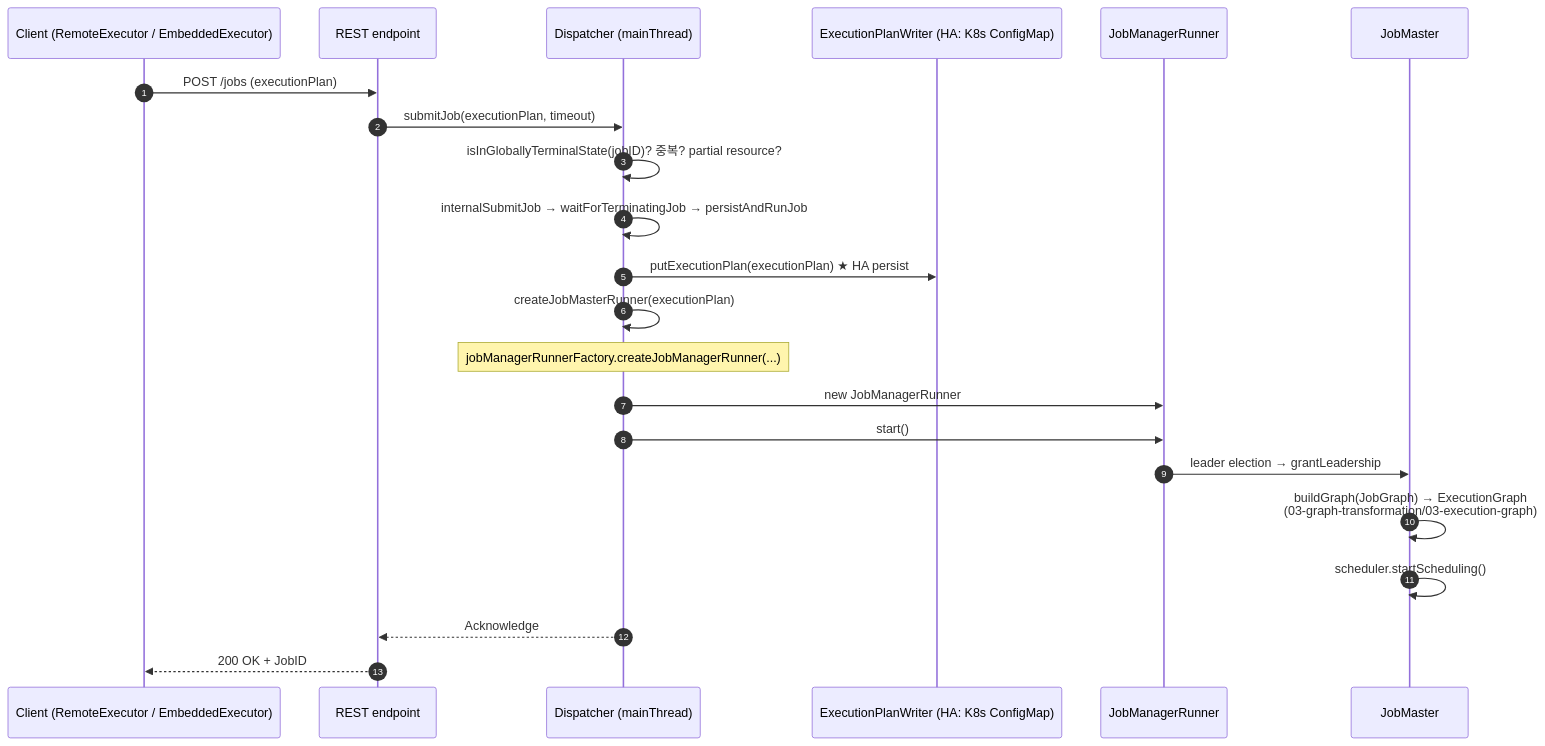
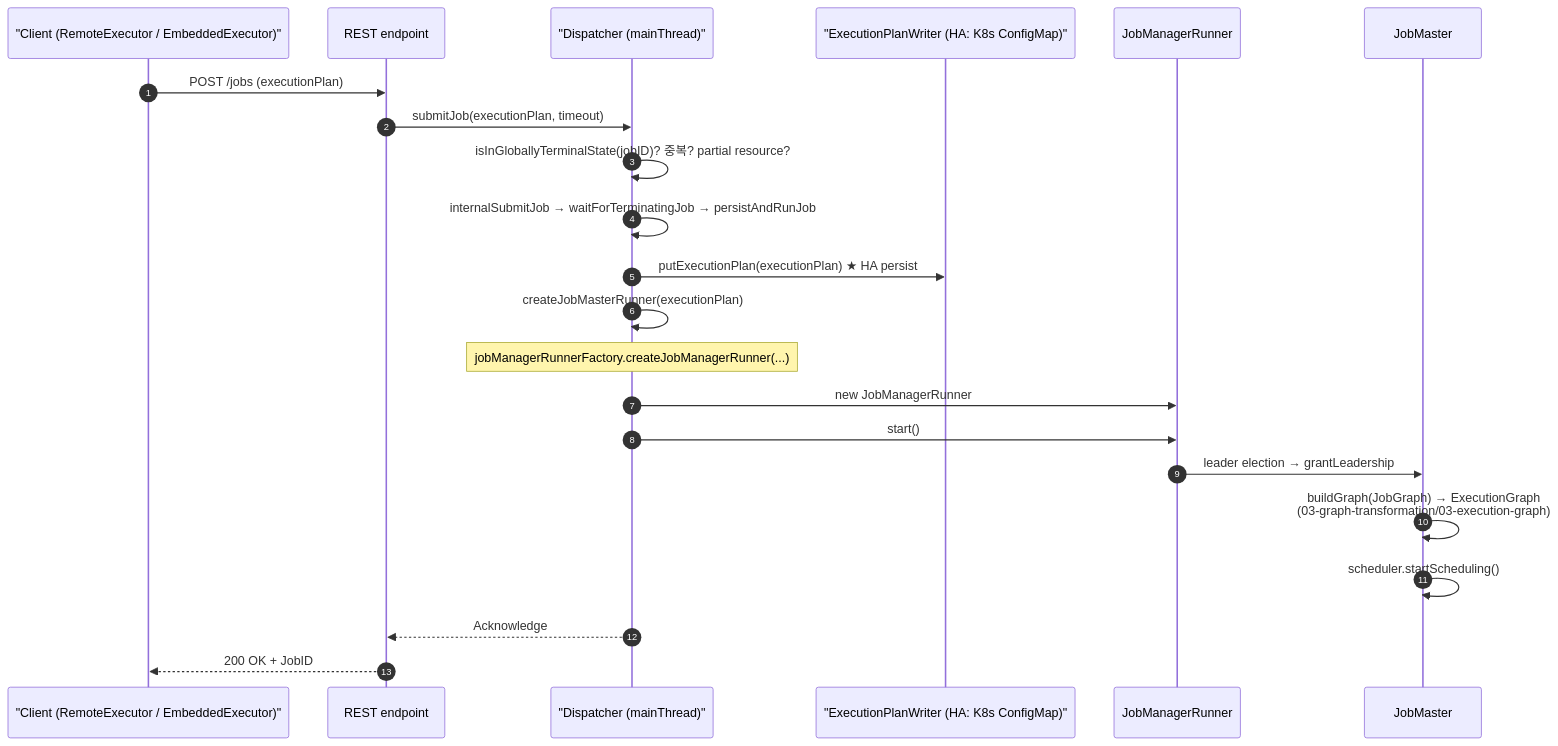
One commit to pinwheel-m83/flink changed the diagram in dkdocs/04-runtime-architecture/01-dispatcher.md. Above: the diagram before and after it, drawn with Mermaid. The commit also changed 9 other files, not shown here.

First line of the commit message:
dkdocs: fix mermaid sequenceDiagram syntax — quote participant alias + escape <Type>

````diff
--- a/dkdocs/04-runtime-architecture/01-dispatcher.md
+++ b/dkdocs/04-runtime-architecture/01-dispatcher.md
@@ -48,25 +48,25 @@
 ```mermaid
 sequenceDiagram
     autonumber
-    participant Client as Client (RemoteExecutor / EmbeddedExecutor)
+    participant Client as "Client (RemoteExecutor / EmbeddedExecutor)"
     participant REST as REST endpoint
-    participant Disp as Dispatcher (mainThread)
-    participant Store as ExecutionPlanWriter (HA: K8s ConfigMap)
+    participant Disp as "Dispatcher (mainThread)"
+    participant Store as "ExecutionPlanWriter (HA: K8s ConfigMap)"
     participant JMR as JobManagerRunner
     participant JM as JobMaster
 
     Client->>REST: POST /jobs (executionPlan)
     REST->>Disp: submitJob(executionPlan, timeout)
     Disp->>Disp: isInGloballyTerminalState(jobID)?  중복?  partial resource?
     Disp->>Disp: internalSubmitJob → waitForTerminatingJob → persistAndRunJob
     Disp->>Store: putExecutionPlan(executionPlan)  ★ HA persist
     Disp->>Disp: createJobMasterRunner(executionPlan)
     Note over Disp: jobManagerRunnerFactory.createJobManagerRunner(...)
     Disp->>JMR: new JobManagerRunner
     Disp->>JMR: start()
     JMR->>JM: leader election → grantLeadership
     JM->>JM: buildGraph(JobGraph) → ExecutionGraph<br/>(03-graph-transformation/03-execution-graph)
     JM->>JM: scheduler.startScheduling()
     Disp-->>REST: Acknowledge
     REST-->>Client: 200 OK + JobID
 ```
````
